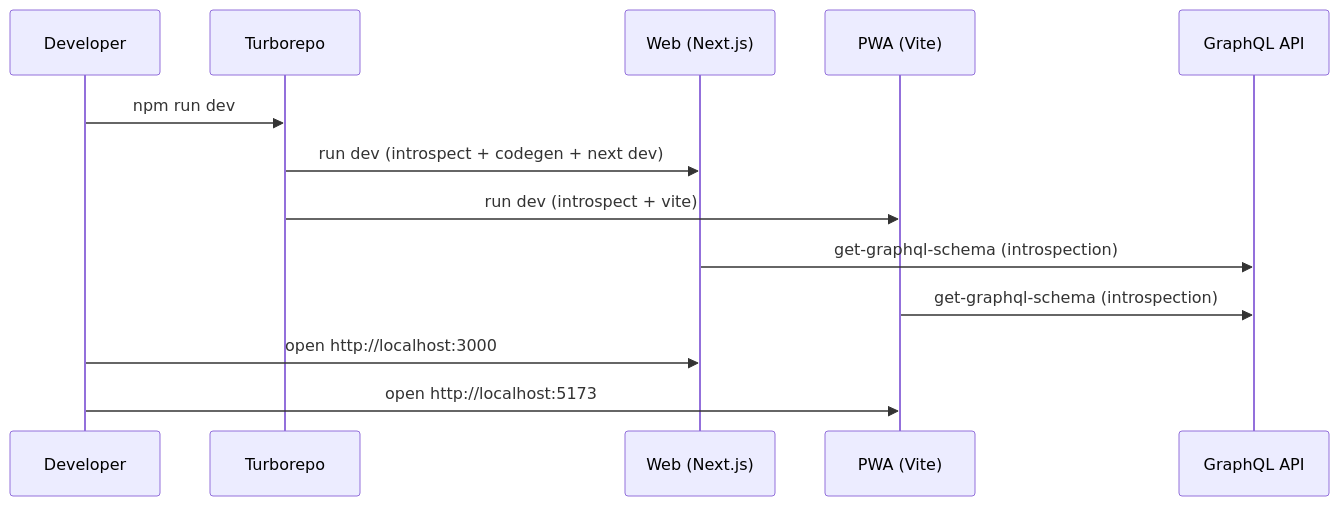
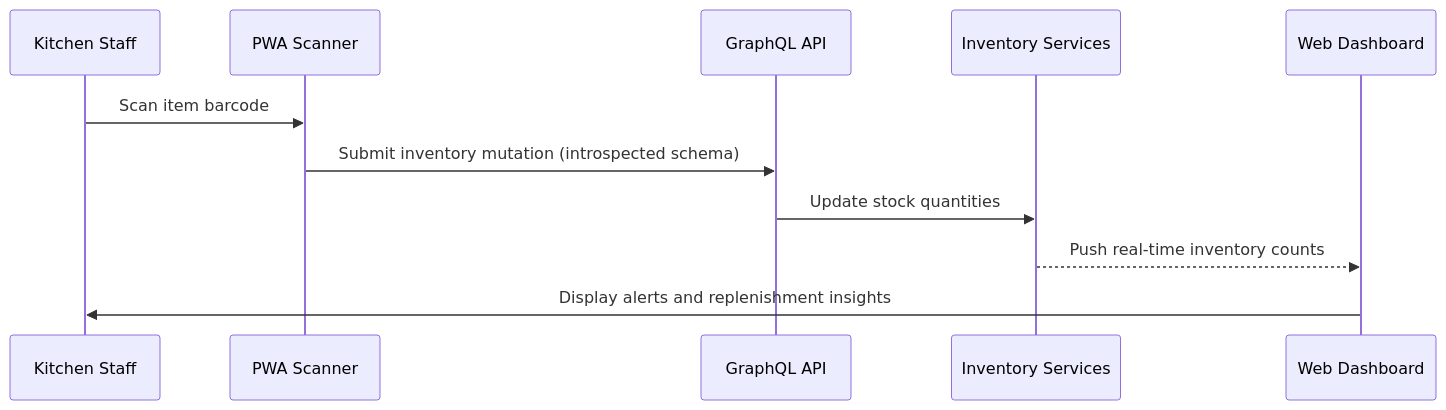
The second of 3 diagrams in README.md (GoofyTeam/KHP-front), drawn with Mermaid before and after one commit. The commit also changed other lines of this file and 1 other file, not shown here.

Commit message:
[KHP-123] chore(global): refresh kitchen platform messaging

````diff
--- a/README.md
+++ b/README.md
@@ -48,16 +51,14 @@
 ```mermaid
 sequenceDiagram
-  participant Dev as Developer
-  participant Turbo as Turborepo
-  participant W as Web (Next.js)
-  participant P as PWA (Vite)
+  participant Staff as Kitchen Staff
+  participant Mobile as PWA Scanner
   participant API as GraphQL API
+  participant Inventory as Inventory Services
+  participant Dashboard as Web Dashboard
 
-  Dev->>Turbo: npm run dev
-  Turbo->>W: run dev (introspect + codegen + next dev)
-  Turbo->>P: run dev (introspect + vite)
-  W->>API: get-graphql-schema (introspection)
-  P->>API: get-graphql-schema (introspection)
-  Dev->>W: open http://localhost:3000
-  Dev->>P: open http://localhost:5173
+  Staff->>Mobile: Scan item barcode
+  Mobile->>API: Submit inventory mutation (introspected schema)
+  API->>Inventory: Update stock quantities
+  Inventory-->>Dashboard: Push real-time inventory counts
+  Dashboard->>Staff: Display alerts and replenishment insights
 ```
````
